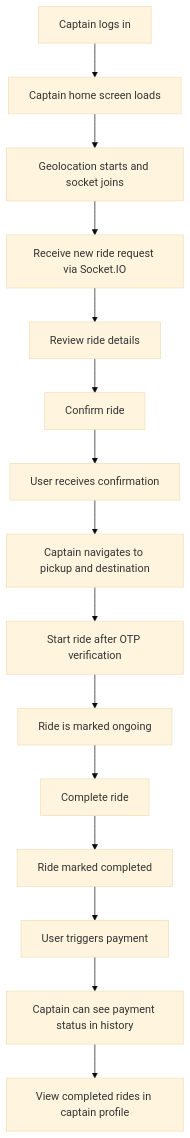
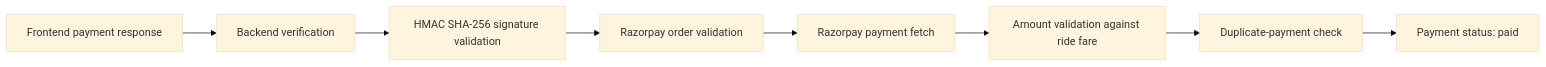
One commit to himanshu-sahu-027/goSafar changed diagram 11 of 15 in README.md. Above: the diagram before and after it, drawn with Mermaid (base theme). The commit also changed other lines of this file and 29 other files, not shown here.

First line of the commit message:
feat: add Google Sign-In functionality to Captain and User authentication flows

````diff
--- a/README.md
+++ b/README.md
@@ -270,17 +368,10 @@
 ```mermaid
-flowchart TD
-    A[Captain logs in] --> B[Captain home screen loads]
-    B --> C[Geolocation starts and socket joins]
-    C --> D[Receive new ride request via Socket.IO]
-    D --> E[Review ride details]
-    E --> F[Confirm ride]
-    F --> G[User receives confirmation]
-    G --> H[Captain navigates to pickup and destination]
-    H --> I[Start ride after OTP verification]
-    I --> J[Ride is marked ongoing]
-    J --> K[Complete ride]
-    K --> L[Ride marked completed]
-    L --> M[User triggers payment]
-    M --> N[Captain can see payment status in history]
-    N --> O[View completed rides in captain profile]
+flowchart LR
+    F[Frontend payment response] --> V[Backend verification]
+    V --> H[HMAC SHA-256 signature validation]
+    H --> O[Razorpay order validation]
+    O --> P[Razorpay payment fetch]
+    P --> A[Amount validation against ride fare]
+    A --> D[Duplicate-payment check]
+    D --> PA[Payment status: paid]
 ```
````
